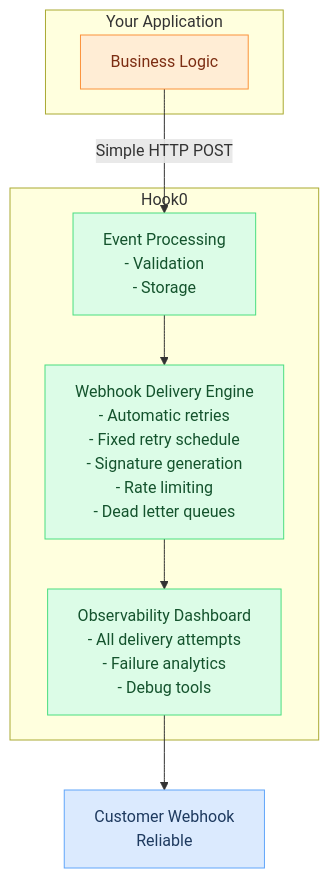
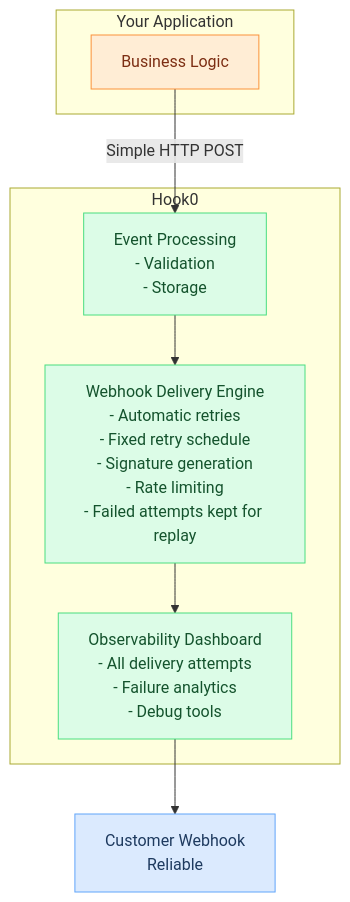
The second of 2 diagrams in documentation/explanation/what-is-hook0.md (hook0/hook0), drawn with Mermaid before and after one commit. The commit also changed other lines of this file and 38 other files, not shown here.

````diff
--- a/documentation/explanation/what-is-hook0.md
+++ b/documentation/explanation/what-is-hook0.md
@@ -84,24 +84,24 @@
 ```mermaid
 flowchart TD
     subgraph YourApp["Your Application"]
         BL["Business Logic"]:::customer
     end
 
     subgraph H0["Hook0"]
         EP["Event Processing<br/>- Validation<br/>- Storage"]:::hook0
-        WDE["Webhook Delivery Engine<br/>- Automatic retries<br/>- Fixed retry schedule<br/>- Signature generation<br/>- Rate limiting<br/>- Dead letter queues"]:::hook0
+        WDE["Webhook Delivery Engine<br/>- Automatic retries<br/>- Fixed retry schedule<br/>- Signature generation<br/>- Rate limiting<br/>- Failed attempts kept for replay"]:::hook0
         OD["Observability Dashboard<br/>- All delivery attempts<br/>- Failure analytics<br/>- Debug tools"]:::hook0
         EP --> WDE --> OD
     end
 
     BL -- "Simple HTTP POST" --> EP
     OD --> CW["Customer Webhook<br/>Reliable"]:::external
 
     classDef external fill:#dbeafe,stroke:#60a5fa,color:#1e3a5f
     classDef hook0 fill:#dcfce7,stroke:#4ade80,color:#14532d
     classDef customer fill:#ffedd5,stroke:#fb923c,color:#7c2d12
 
     click EP "/explanation/event-processing" "Event Processing"
     click WDE "/explanation/webhook-retry-logic" "Retry Logic"
     click CW "/concepts/subscriptions" "Subscriptions"
 ```
````
